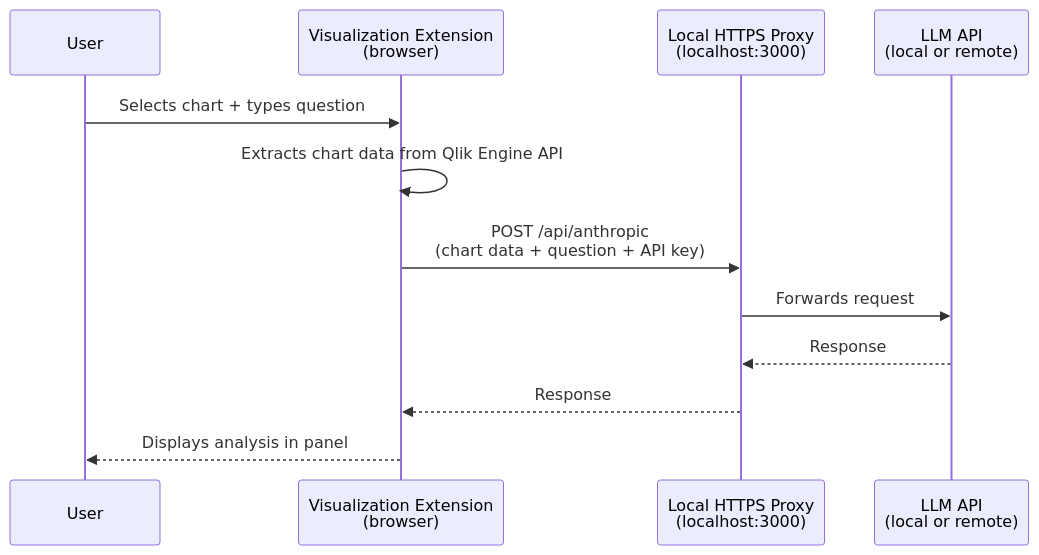
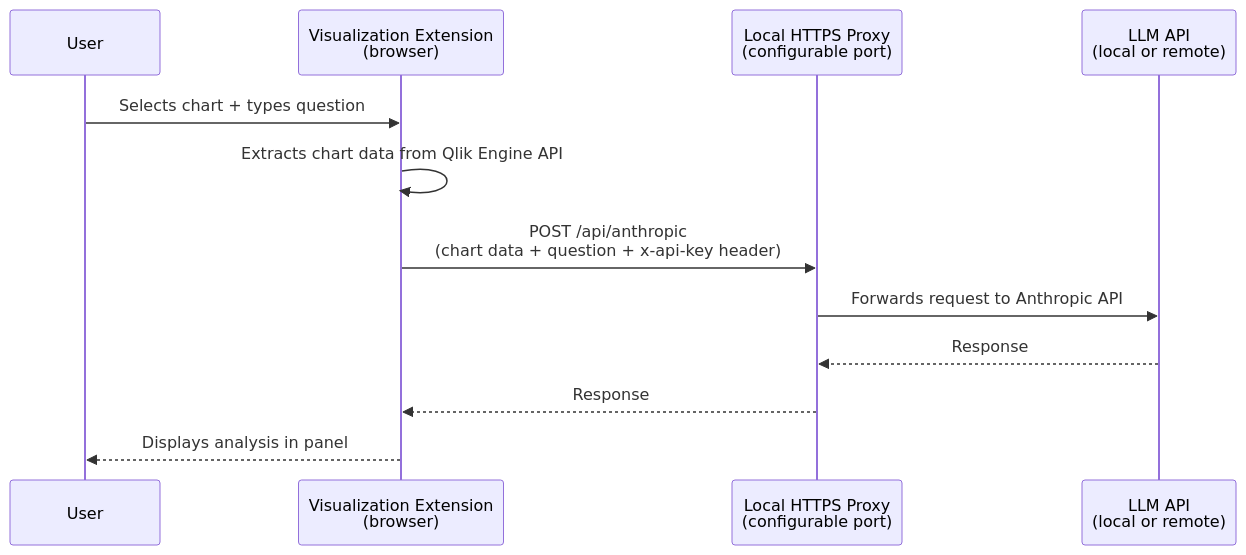
One commit to mabaeyens/qlik-sense-local-llm changed the diagram in docs/pattern-1-extension-proxy.md. Above: the diagram before and after it, drawn with Mermaid. The commit also changed other lines of this file, not shown here.

Commit message:
Fix API key handling description in pattern 1 (localStorage, not cookie; no encryption; header sent from browser)

````diff
--- a/docs/pattern-1-extension-proxy.md
+++ b/docs/pattern-1-extension-proxy.md
@@ -15,15 +15,15 @@
 ```mermaid
 sequenceDiagram
     participant User
     participant Ext as Visualization Extension<br/>(browser)
-    participant Proxy as Local HTTPS Proxy<br/>(localhost:3000)
+    participant Proxy as Local HTTPS Proxy<br/>(configurable port)
     participant LLM as LLM API<br/>(local or remote)
 
     User->>Ext: Selects chart + types question
     Ext->>Ext: Extracts chart data from Qlik Engine API
-    Ext->>Proxy: POST /api/anthropic<br/>(chart data + question + API key)
-    Proxy->>LLM: Forwards request
+    Ext->>Proxy: POST /api/anthropic<br/>(chart data + question + x-api-key header)
+    Proxy->>LLM: Forwards request to Anthropic API
     LLM-->>Proxy: Response
     Proxy-->>Ext: Response
     Ext-->>User: Displays analysis in panel
 ```
````
